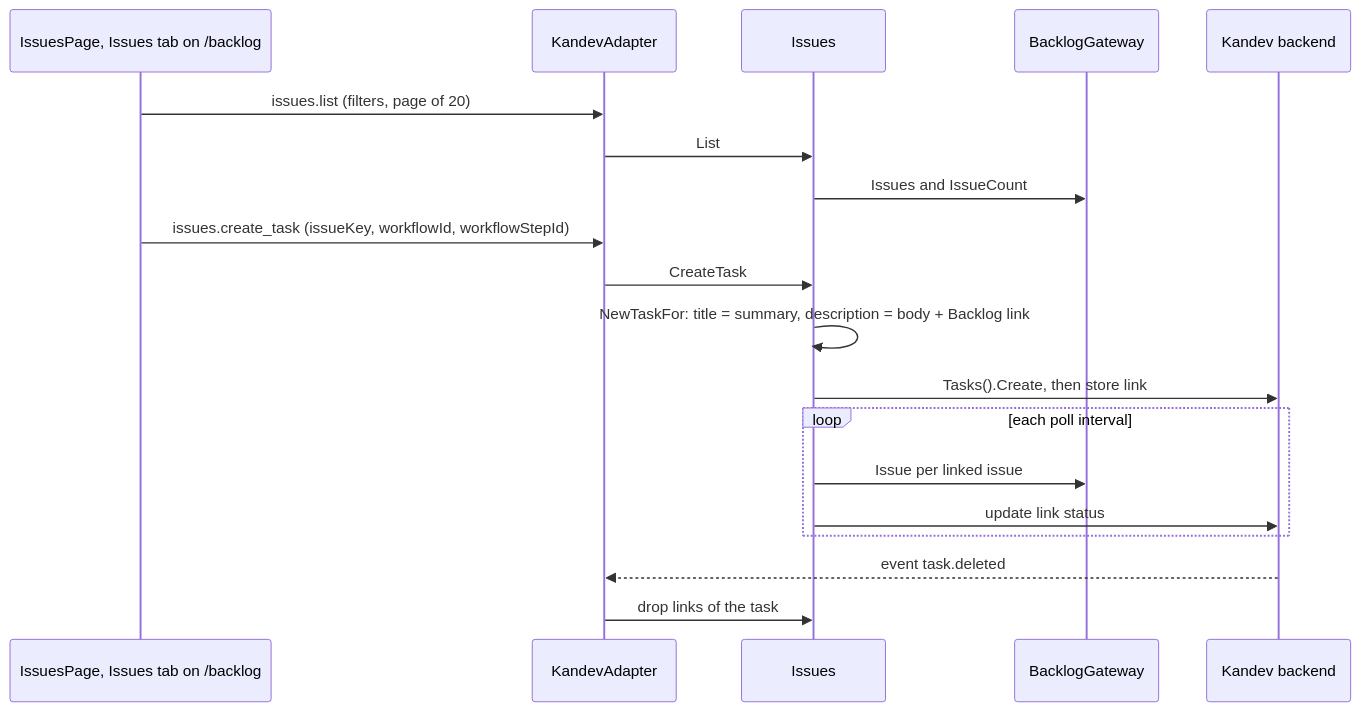
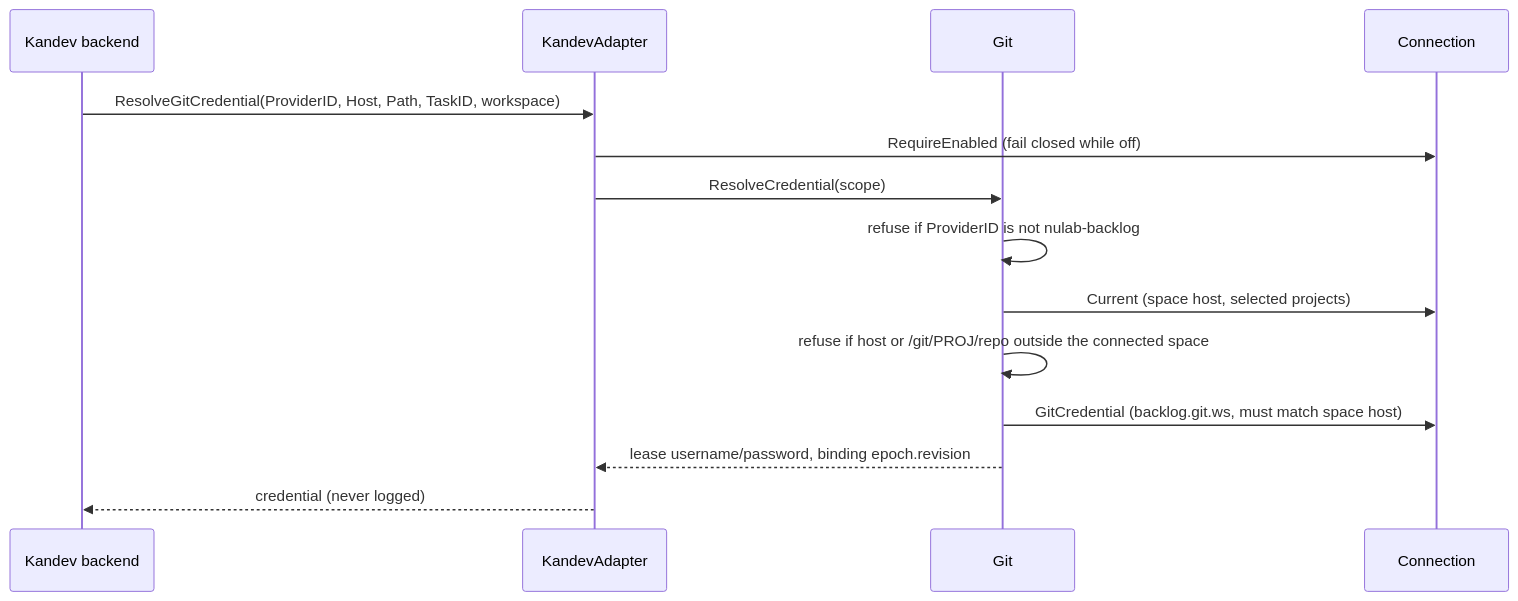
One commit to khuongdo/kandev-plugin-nulab-backlog changed the third of 4 diagrams in aidlc/spaces/default/codekb/kandev-plugin-nulab-backlog/architecture.md. Above: the diagram before and after it, drawn with Mermaid. The commit also changed other lines of this file and 125 other files, not shown here.

````diff
--- a/aidlc/spaces/default/codekb/kandev-plugin-nulab-backlog/architecture.md
+++ b/aidlc/spaces/default/codekb/kandev-plugin-nulab-backlog/architecture.md
@@ -115,21 +114,16 @@
 ```mermaid
 sequenceDiagram
-  participant P as IssuesPage, Issues tab on /backlog
+  participant K as Kandev backend
   participant A as KandevAdapter
-  participant I as Issues
-  participant G as BacklogGateway
-  participant K as Kandev backend
-  P->>A: issues.list (filters, page of 20)
-  A->>I: List
-  I->>G: Issues and IssueCount
-  P->>A: issues.create_task (issueKey, workflowId, workflowStepId)
-  A->>I: CreateTask
-  I->>I: NewTaskFor: title = summary, description = body + Backlog link
-  I->>K: Tasks().Create, then store link
-  loop each poll interval
-    I->>G: Issue per linked issue
-    I->>K: update link status
-  end
-  K-->>A: event task.deleted
-  A->>I: drop links of the task
+  participant Gt as Git
+  participant C as Connection
+  K->>A: ResolveGitCredential(ProviderID, Host, Path, TaskID, workspace)
+  A->>C: RequireEnabled (fail closed while off)
+  A->>Gt: ResolveCredential(scope)
+  Gt->>Gt: refuse if ProviderID is not nulab-backlog
+  Gt->>C: Current (space host, selected projects)
+  Gt->>Gt: refuse if host or /git/PROJ/repo outside the connected space
+  Gt->>C: GitCredential (backlog.git.ws, must match space host)
+  Gt-->>A: lease username/password, binding epoch.revision
+  A-->>K: credential (never logged)
 ```
````
